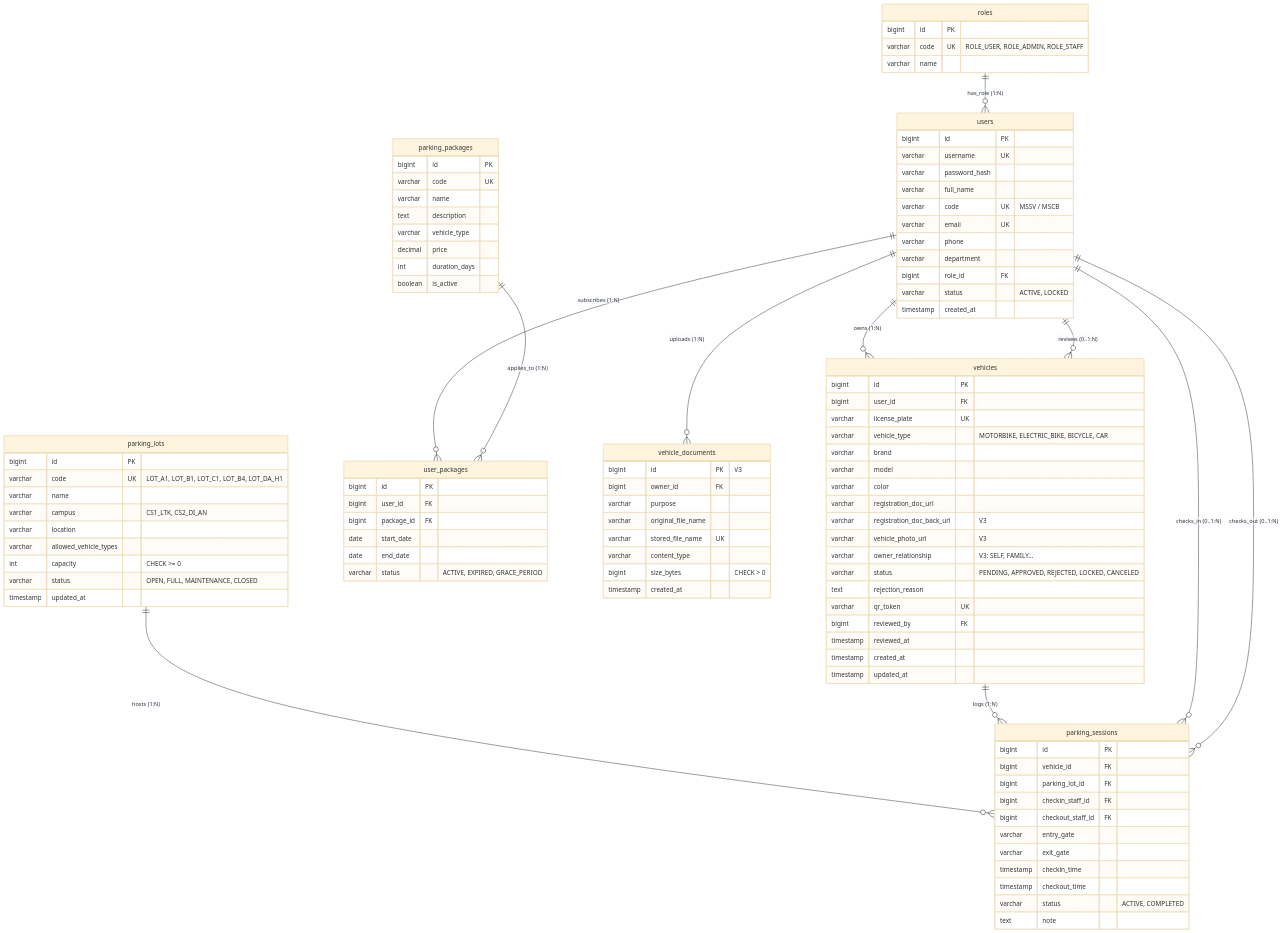
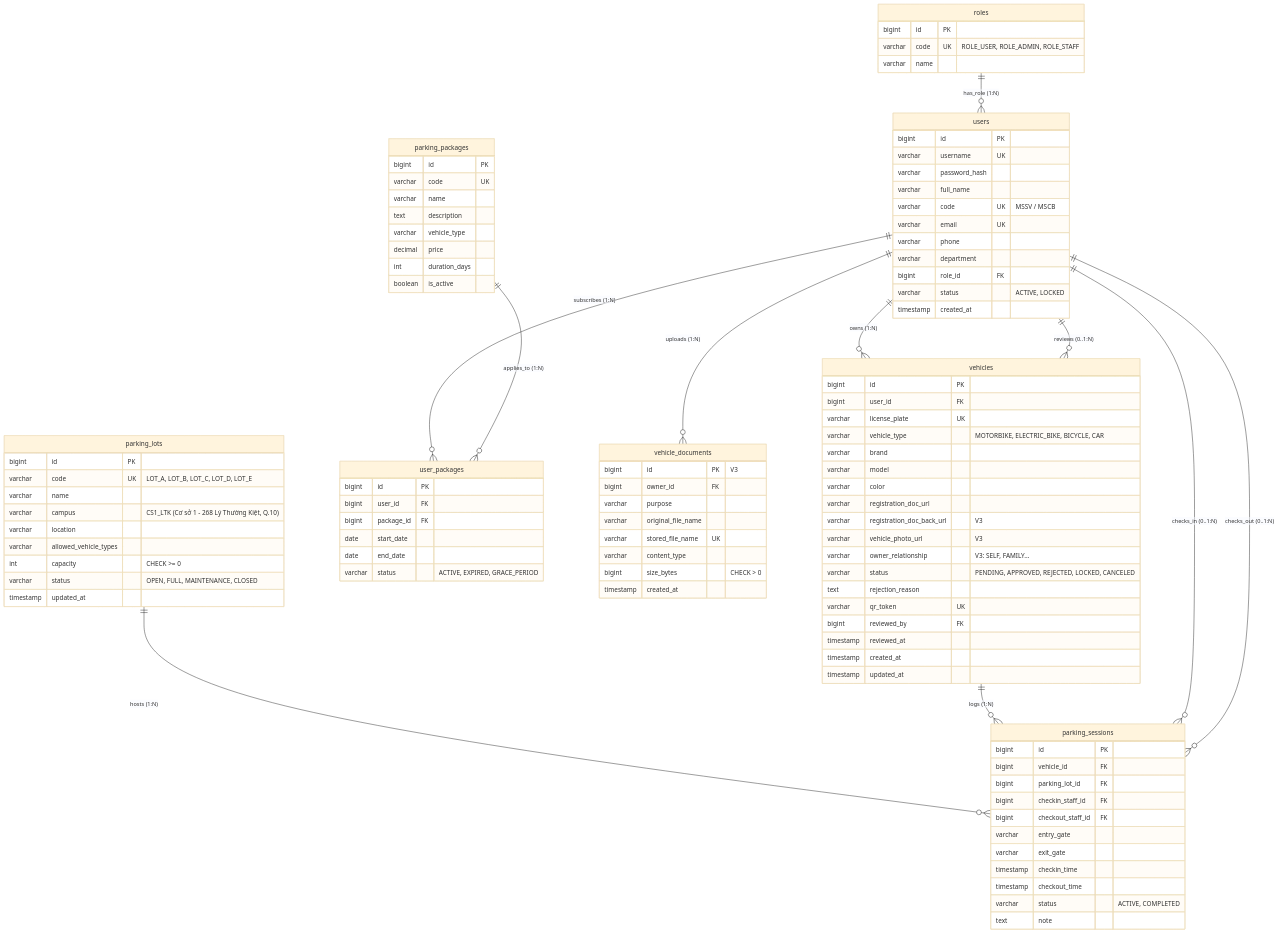
The diagram in docs/DATABASE_ERD.md (maukiet/bk-parking-mvp), drawn with Mermaid (base theme) before and after one commit. The commit also changed other lines of this file and 3 other files, not shown here.

```diff
--- a/docs/DATABASE_ERD.md
+++ b/docs/DATABASE_ERD.md
@@ -46,9 +46,9 @@
 
     parking_lots {
         bigint id PK
-        varchar code UK "LOT_A1, LOT_B1, LOT_C1, LOT_B4, LOT_DA_H1"
+        varchar code UK "LOT_A, LOT_B, LOT_C, LOT_D, LOT_E"
         varchar name
-        varchar campus "CS1_LTK, CS2_DI_AN"
+        varchar campus "CS1_LTK (Cơ sở 1 - 268 Lý Thường Kiệt, Q.10)"
         varchar location
         varchar allowed_vehicle_types
         int capacity "CHECK >= 0"
```
